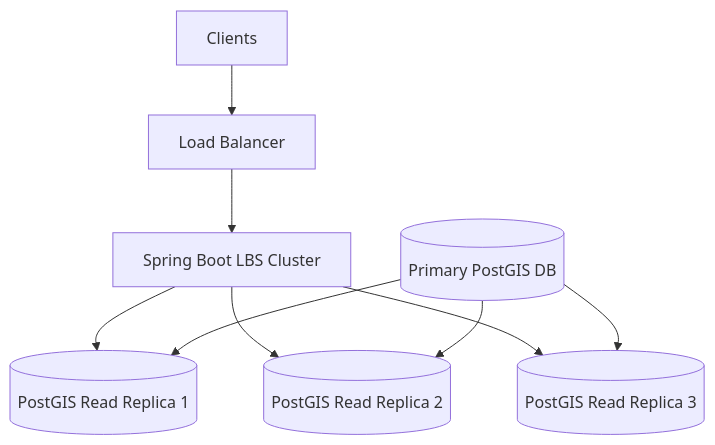
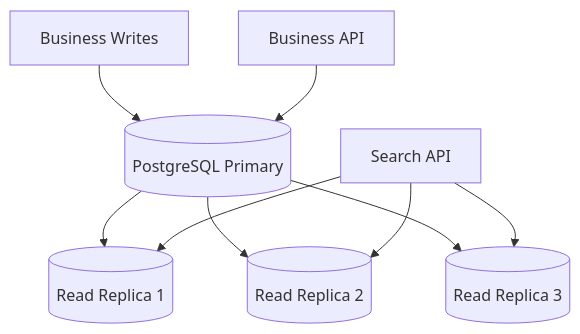
One commit to mthaiseer/springcloud-systemdesign-notes changed diagram 13 of 18 in HLD_NOTES/004_INTERVIEW_PROBLEMS/013_proximity_service_visual_notes.md. Above: the diagram before and after it, drawn with Mermaid. The commit also changed other lines of this file and 1 other file, not shown here.

````diff
--- a/HLD_NOTES/004_INTERVIEW_PROBLEMS/013_proximity_service_visual_notes.md
+++ b/HLD_NOTES/004_INTERVIEW_PROBLEMS/013_proximity_service_visual_notes.md
@@ -684,11 +981,13 @@
 ```mermaid
 flowchart TB
-    Client[Clients] --> LB[Load Balancer]
-    LB --> App[Spring Boot LBS Cluster]
-    App --> R1[(PostGIS Read Replica 1)]
-    App --> R2[(PostGIS Read Replica 2)]
-    App --> R3[(PostGIS Read Replica 3)]
-    P[(Primary PostGIS DB)] --> R1
-    P --> R2
-    P --> R3
+    Write[Business Writes] --> Primary[(PostgreSQL Primary)]
+    Primary --> Replica1[(Read Replica 1)]
+    Primary --> Replica2[(Read Replica 2)]
+    Primary --> Replica3[(Read Replica 3)]
+
+    SearchAPI[Search API] --> Replica1
+    SearchAPI --> Replica2
+    SearchAPI --> Replica3
+
+    BusinessAPI[Business API] --> Primary
 ```
````
